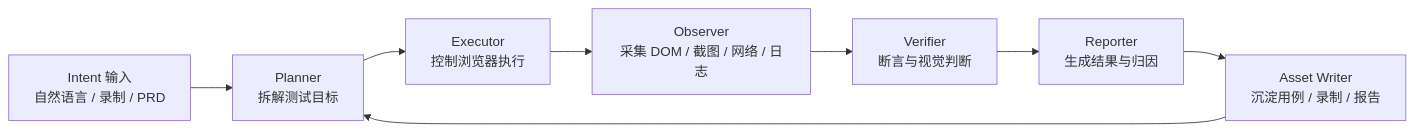
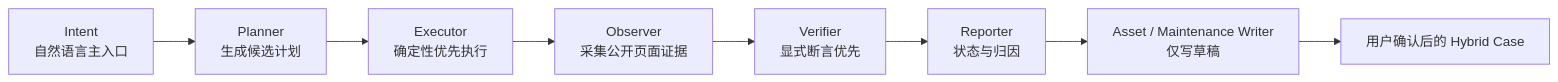
Before and after one commit to Chrisifan/Test-Buddy: the second of 2 diagrams in docs/automated-testing-agent-design.md, drawn with Mermaid. The commit also changed other lines of this file and 43 other files, not shown here.

````diff
--- a/docs/automated-testing-agent-design.md
+++ b/docs/automated-testing-agent-design.md
@@ -28,10 +88,10 @@
 ```mermaid
 flowchart LR
-  I["Intent 输入<br/>自然语言 / 录制 / PRD"] --> P["Planner<br/>拆解测试目标"]
-  P --> E["Executor<br/>控制浏览器执行"]
-  E --> O["Observer<br/>采集 DOM / 截图 / 网络 / 日志"]
-  O --> V["Verifier<br/>断言与视觉判断"]
-  V --> R["Reporter<br/>生成结果与归因"]
-  R --> A["Asset Writer<br/>沉淀用例 / 录制 / 报告"]
-  A --> P
+  I["Intent<br/>自然语言主入口"] --> P["Planner<br/>生成候选计划"]
+  P --> E["Executor<br/>确定性优先执行"]
+  E --> O["Observer<br/>采集公开页面证据"]
+  O --> V["Verifier<br/>显式断言优先"]
+  V --> R["Reporter<br/>状态与归因"]
+  R --> A["Asset / Maintenance Writer<br/>仅写草稿"]
+  A --> H["用户确认后的 Hybrid Case"]
 ```
````
